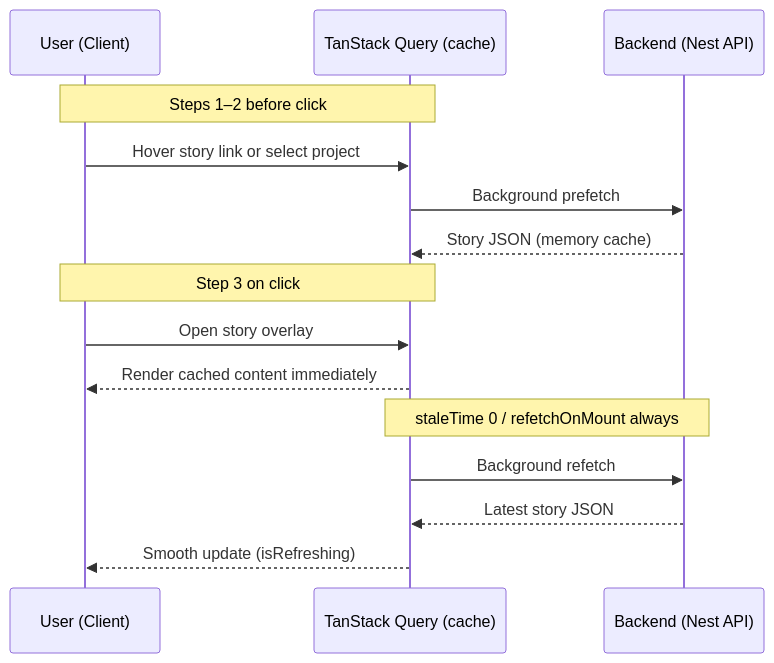
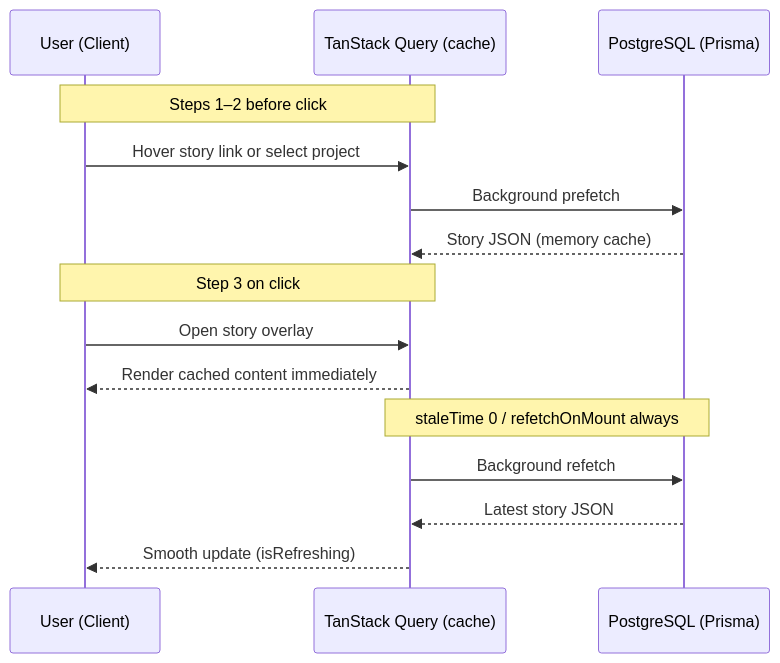
One commit to Louis-jk/portfolio changed the seventh of 7 diagrams in README.md. Above: the diagram before and after it, drawn with Mermaid. The commit also changed other lines of this file and 56 other files, not shown here.

First line of the commit message:
feat(data): migrate from Nest API to Prisma direct and add story Realtime

````diff
--- a/README.md
+++ b/README.md
@@ -547,17 +645,17 @@
 ```mermaid
 sequenceDiagram
   participant User as User (Client)
   participant Cache as TanStack Query (cache)
-  participant API as Backend (Nest API)
+  participant API as PostgreSQL (Prisma)
   Note over User, Cache: Steps 1–2 before click
   User->>Cache: Hover story link or select project
   Cache->>API: Background prefetch
   API-->>Cache: Story JSON (memory cache)
   Note over User, Cache: Step 3 on click
   User->>Cache: Open story overlay
   Cache-->>User: Render cached content immediately
   Note over Cache, API: staleTime 0 / refetchOnMount always
   Cache->>API: Background refetch
   API-->>Cache: Latest story JSON
   Cache-->>User: Smooth update (isRefreshing)
 ```
````
